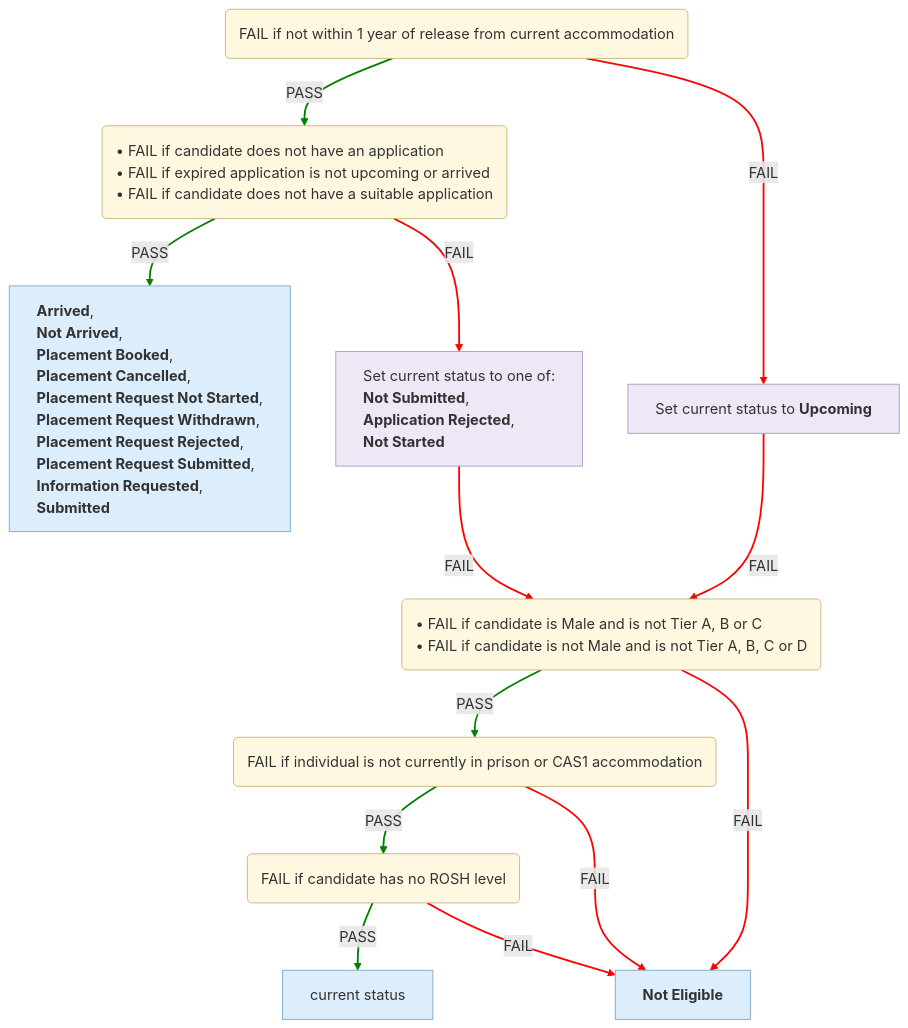
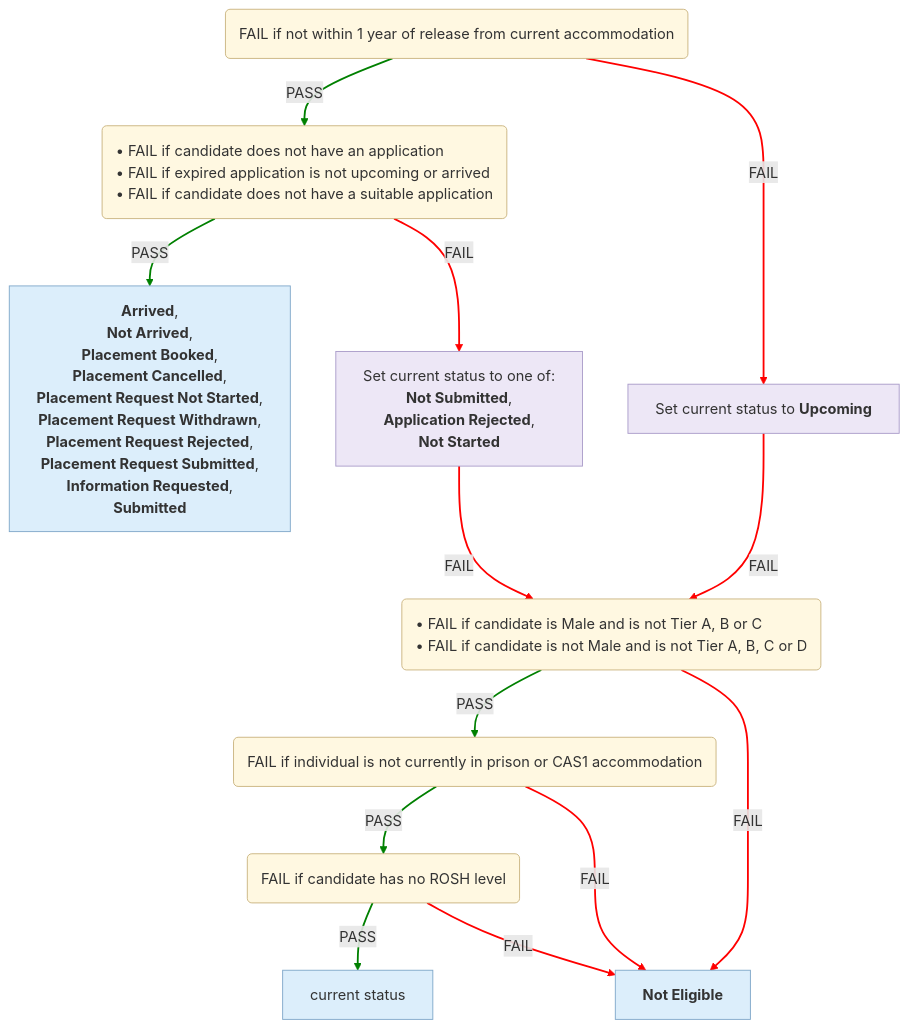
The first of 6 diagrams in docs/eligibility-rules-graph.md (uk-gov-mirror/ministryofjustice.hmpps-single-accommodation-service-api), drawn with Mermaid before and after one commit. The commit also changed other lines of this file and 3 other files, not shown here.

Commit message:
chore/SAS-1532-Use-UI-statuses-in-graph-instead-of-enums

````diff
--- a/docs/eligibility-rules-graph.md
+++ b/docs/eligibility-rules-graph.md
@@ -9,49 +9,49 @@
 ```mermaid
 %%{init: {"flowchart": {"wrappingWidth": 800}}}%%
 flowchart TD
-  Upcoming("<div style='text-align:left'>FAIL if not within 1 year of release from current accommodation</div>")
+  Upcoming("FAIL if not within 1 year of release from current accommodation")
   Suitability("<div style='text-align:left'>• FAIL if candidate does not have an application
 • FAIL if expired application is not upcoming or arrived
 • FAIL if candidate does not have a suitable application</div>")
-  updater_Arrived___Not_Arrived___Placement_Booked___Placement_Cancelled___Placement_Request_Not_Started___Placement_Request_Withdrawn___Placement_Request_Rejected___Placement_Request_Submitted___Information_Requested___Submitted["<div style='text-align:left'><b>Arrived</b>,
+  updater_Arrived___Not_Arrived___Placement_Booked___Placement_Cancelled___Placement_Request_Not_Started___Placement_Request_Withdrawn___Placement_Request_Rejected___Placement_Request_Submitted___Information_Requested___Submitted["<b>Arrived</b>,
  <b>Not Arrived</b>,
  <b>Placement Booked</b>,
  <b>Placement Cancelled</b>,
  <b>Placement Request Not Started</b>,
  <b>Placement Request Withdrawn</b>,
  <b>Placement Request Rejected</b>,
  <b>Placement Request Submitted</b>,
  <b>Information Requested</b>,
- <b>Submitted</b></div>"]
-  updater_Set_current_status_to_one_of__Not_Submitted___Application_Rejected___Not_Started["<div style='text-align:left'>Set current status to one of:
+ <b>Submitted</b>"]
+  updater_Set_current_status_to_one_of__Not_Submitted___Application_Rejected___Not_Started["Set current status to one of:
 <b>Not Submitted</b>,
  <b>Application Rejected</b>,
- <b>Not Started</b></div>"]
+ <b>Not Started</b>"]
   Eligibility_Tier("<div style='text-align:left'>• FAIL if candidate is Male and is not Tier A, B or C
 • FAIL if candidate is not Male and is not Tier A, B, C or D</div>")
-  Eligibility_Current_Accommodation("<div style='text-align:left'>FAIL if individual is not currently in prison or CAS1 accommodation</div>")
-  Eligibility_Rosh("<div style='text-align:left'>FAIL if candidate has no ROSH level</div>")
-  current_status["<div style='text-align:left'>current status</div>"]
-  Not_Eligible["<div style='text-align:left'><b>Not Eligible</b></div>"]
-  updater_Set_current_status_to_Upcoming["<div style='text-align:left'>Set current status to <b>Upcoming</b></div>"]
+  Eligibility_Current_Accommodation("FAIL if individual is not currently in prison or CAS1 accommodation")
+  Eligibility_Rosh("FAIL if candidate has no ROSH level")
+  current_status["current status"]
+  Not_Eligible["<b>Not Eligible</b>"]
+  updater_Set_current_status_to_Upcoming["Set current status to <b>Upcoming</b>"]
   Suitability -->|PASS| updater_Arrived___Not_Arrived___Placement_Booked___Placement_Cancelled___Placement_Request_Not_Started___Placement_Request_Withdrawn___Placement_Request_Rejected___Placement_Request_Submitted___Information_Requested___Submitted
   Suitability -->|FAIL| updater_Set_current_status_to_one_of__Not_Submitted___Application_Rejected___Not_Started
   Eligibility_Rosh -->|PASS| current_status
   Eligibility_Rosh -->|FAIL| Not_Eligible
   Eligibility_Current_Accommodation -->|PASS| Eligibility_Rosh
   Eligibility_Current_Accommodation -->|FAIL| Not_Eligible
   Eligibility_Tier -->|PASS| Eligibility_Current_Accommodation
   Eligibility_Tier -->|FAIL| Not_Eligible
   updater_Set_current_status_to_one_of__Not_Submitted___Application_Rejected___Not_Started -->|FAIL| Eligibility_Tier
   Upcoming -->|PASS| Suitability
   Upcoming -->|FAIL| updater_Set_current_status_to_Upcoming
   updater_Set_current_status_to_Upcoming -->|FAIL| Eligibility_Tier
   linkStyle 0,2,4,6,9 stroke:green,stroke-width:2px
   linkStyle 1,3,5,7,8,10,11 stroke:red,stroke-width:2px
   classDef ruleSetNode fill:#FFF8E1,stroke:#C9B37E,color:#333
   classDef outcomeNode fill:#DCEEFB,stroke:#7FA7C9,color:#333
   classDef updaterNode fill:#EDE7F6,stroke:#A99BC9,color:#333
   class Upcoming,Suitability,Eligibility_Tier,Eligibility_Current_Accommodation,Eligibility_Rosh ruleSetNode
   class updater_Arrived___Not_Arrived___Placement_Booked___Placement_Cancelled___Placement_Request_Not_Started___Placement_Request_Withdrawn___Placement_Request_Rejected___Placement_Request_Submitted___Information_Requested___Submitted,current_status,Not_Eligible outcomeNode
   class updater_Set_current_status_to_one_of__Not_Submitted___Application_Rejected___Not_Started,updater_Set_current_status_to_Upcoming updaterNode
 ```
````
